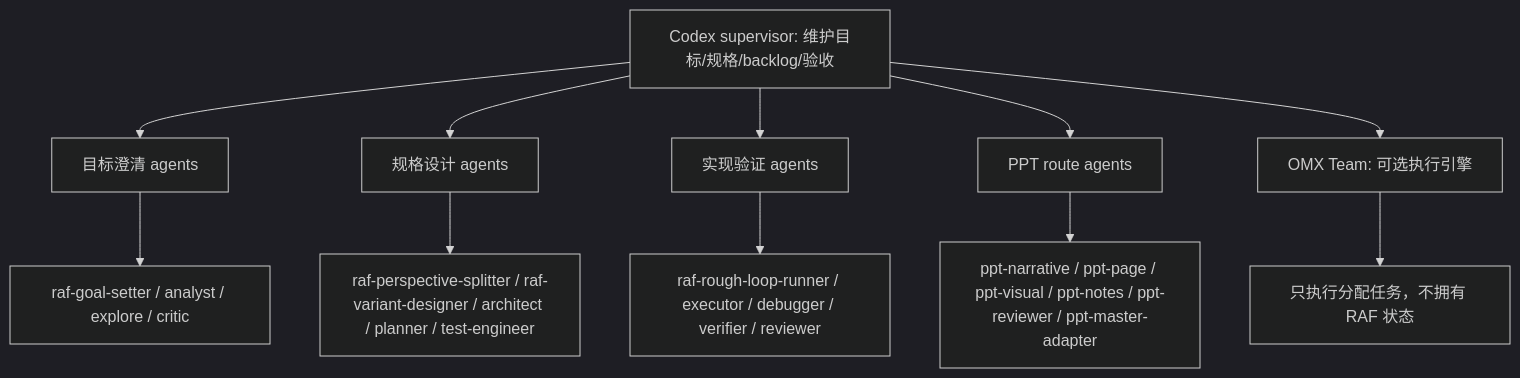
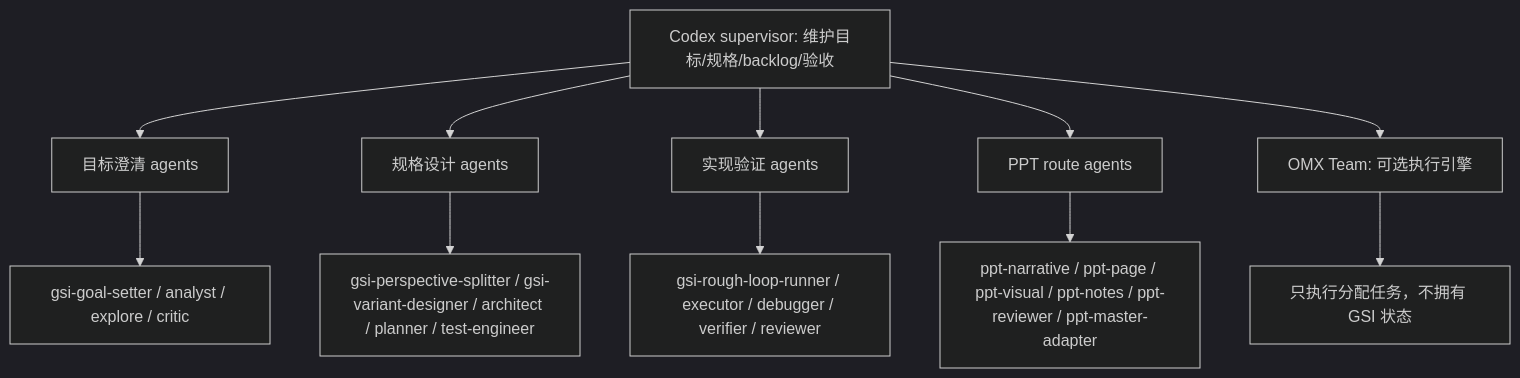
The third of 3 diagrams in docs/reports/raf-workflow-agent-skill-briefing.md (hootandy321/oh-my-codex), drawn with Mermaid (dark theme) before and after one commit. The commit also changed other lines of this file and 59 other files, not shown here.

First line of the commit message:
Rename RAF flow to GSI agent model

````diff
--- a/docs/reports/raf-workflow-agent-skill-briefing.md
+++ b/docs/reports/raf-workflow-agent-skill-briefing.md
@@ -483,14 +481,14 @@
 ```mermaid
 flowchart TD
   Supervisor["Codex supervisor: 维护目标/规格/backlog/验收"] --> GoalAgents["目标澄清 agents"]
   Supervisor --> SpecAgents["规格设计 agents"]
   Supervisor --> ImplAgents["实现验证 agents"]
   Supervisor --> PptAgents["PPT route agents"]
   Supervisor --> Team["OMX Team: 可选执行引擎"]
 
-  GoalAgents --> A1["raf-goal-setter / analyst / explore / critic"]
-  SpecAgents --> A2["raf-perspective-splitter / raf-variant-designer / architect / planner / test-engineer"]
-  ImplAgents --> A3["raf-rough-loop-runner / executor / debugger / verifier / reviewer"]
+  GoalAgents --> A1["gsi-goal-setter / analyst / explore / critic"]
+  SpecAgents --> A2["gsi-perspective-splitter / gsi-variant-designer / architect / planner / test-engineer"]
+  ImplAgents --> A3["gsi-rough-loop-runner / executor / debugger / verifier / reviewer"]
   PptAgents --> A4["ppt-narrative / ppt-page / ppt-visual / ppt-notes / ppt-reviewer / ppt-master-adapter"]
-  Team --> A5["只执行分配任务，不拥有 RAF 状态"]
+  Team --> A5["只执行分配任务，不拥有 GSI 状态"]
 ```
````
